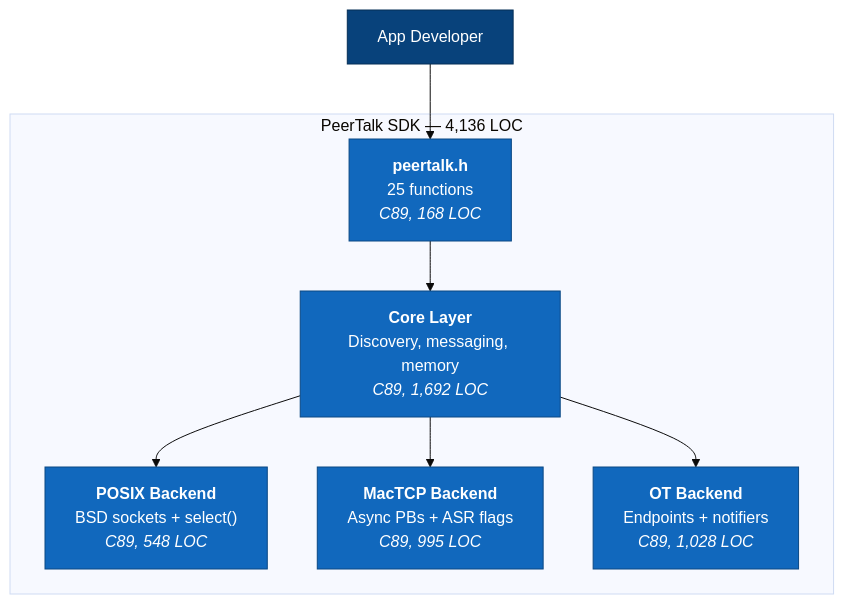
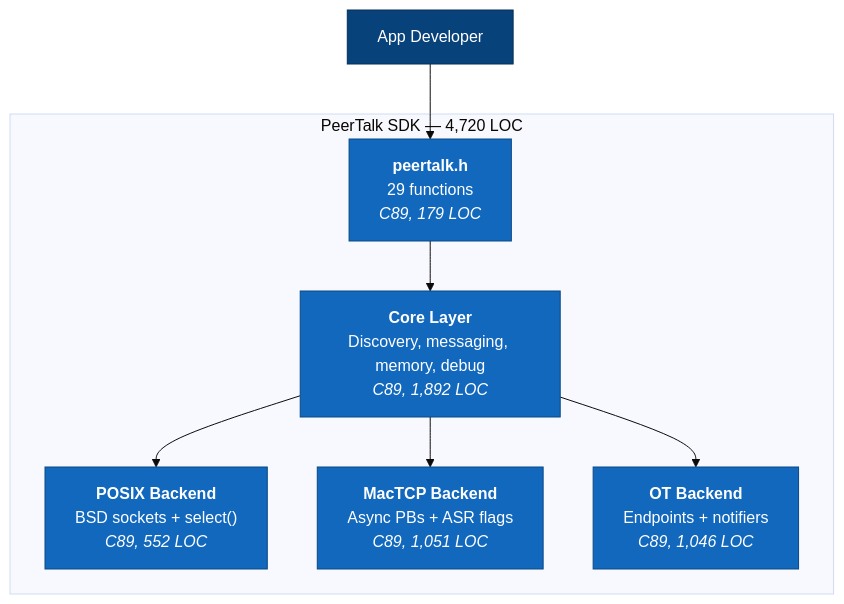
The second of 12 diagrams in ARCHITECTURE.md (matthewdeaves/peertalk), drawn with Mermaid (base theme) before and after one commit. The commit also changed other lines of this file and 6 other files, not shown here.

First line of the commit message:
Add PT_GetPeerRank and debug broadcast channel

````diff
--- a/ARCHITECTURE.md
+++ b/ARCHITECTURE.md
@@ -26,25 +26,25 @@
 ```mermaid
 graph TB
     Dev["App Developer"]
 
-    subgraph SDK ["PeerTalk SDK — 4,136 LOC"]
-        API["<b>peertalk.h</b><br/>25 functions<br/><i>C89, 168 LOC</i>"]
-        Core["<b>Core Layer</b><br/>Discovery, messaging, memory<br/><i>C89, 1,692 LOC</i>"]
-        POSIX["<b>POSIX Backend</b><br/>BSD sockets + select()<br/><i>C89, 548 LOC</i>"]
-        MacTCP["<b>MacTCP Backend</b><br/>Async PBs + ASR flags<br/><i>C89, 995 LOC</i>"]
-        OT["<b>OT Backend</b><br/>Endpoints + notifiers<br/><i>C89, 1,028 LOC</i>"]
+    subgraph SDK ["PeerTalk SDK — 4,720 LOC"]
+        API["<b>peertalk.h</b><br/>29 functions<br/><i>C89, 179 LOC</i>"]
+        Core["<b>Core Layer</b><br/>Discovery, messaging, memory, debug<br/><i>C89, 1,892 LOC</i>"]
+        POSIX["<b>POSIX Backend</b><br/>BSD sockets + select()<br/><i>C89, 552 LOC</i>"]
+        MacTCP["<b>MacTCP Backend</b><br/>Async PBs + ASR flags<br/><i>C89, 1,051 LOC</i>"]
+        OT["<b>OT Backend</b><br/>Endpoints + notifiers<br/><i>C89, 1,046 LOC</i>"]
     end
 
     Dev --> API
     API --> Core
     Core --> POSIX
     Core --> MacTCP
     Core --> OT
 
     style Dev fill:#08427b,stroke:#052e56,color:#fff
     style API fill:#1168bd,stroke:#0b4884,color:#fff
     style Core fill:#1168bd,stroke:#0b4884,color:#fff
     style POSIX fill:#1168bd,stroke:#0b4884,color:#fff
     style MacTCP fill:#1168bd,stroke:#0b4884,color:#fff
     style OT fill:#1168bd,stroke:#0b4884,color:#fff
 ```
````
